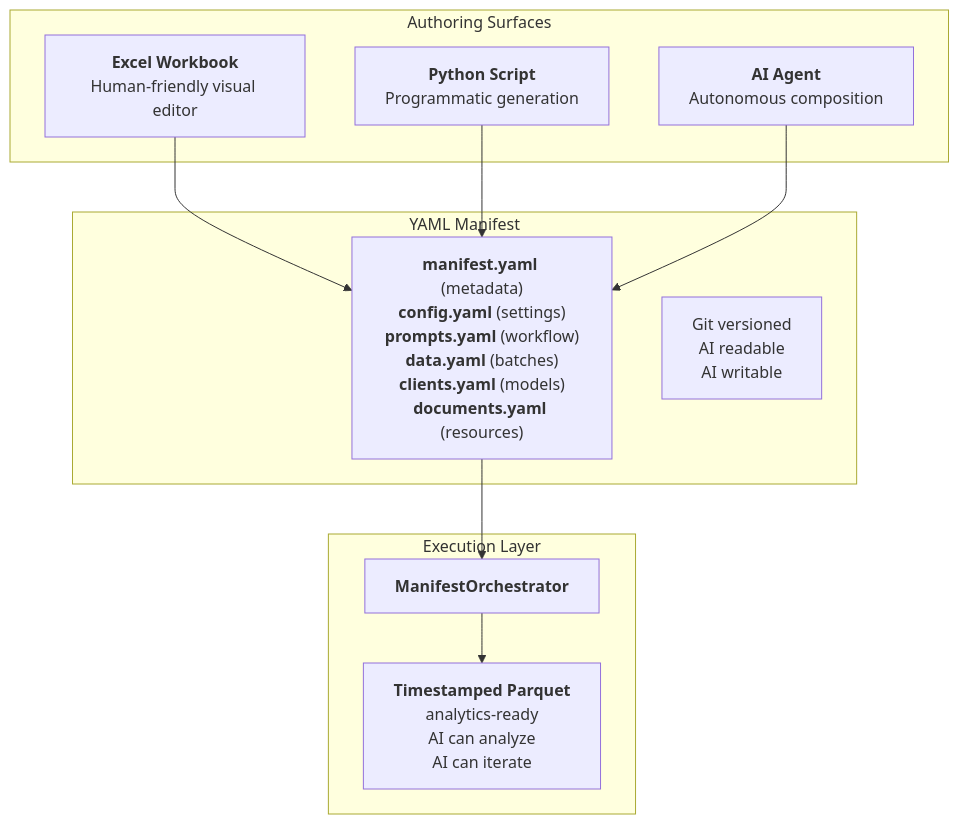
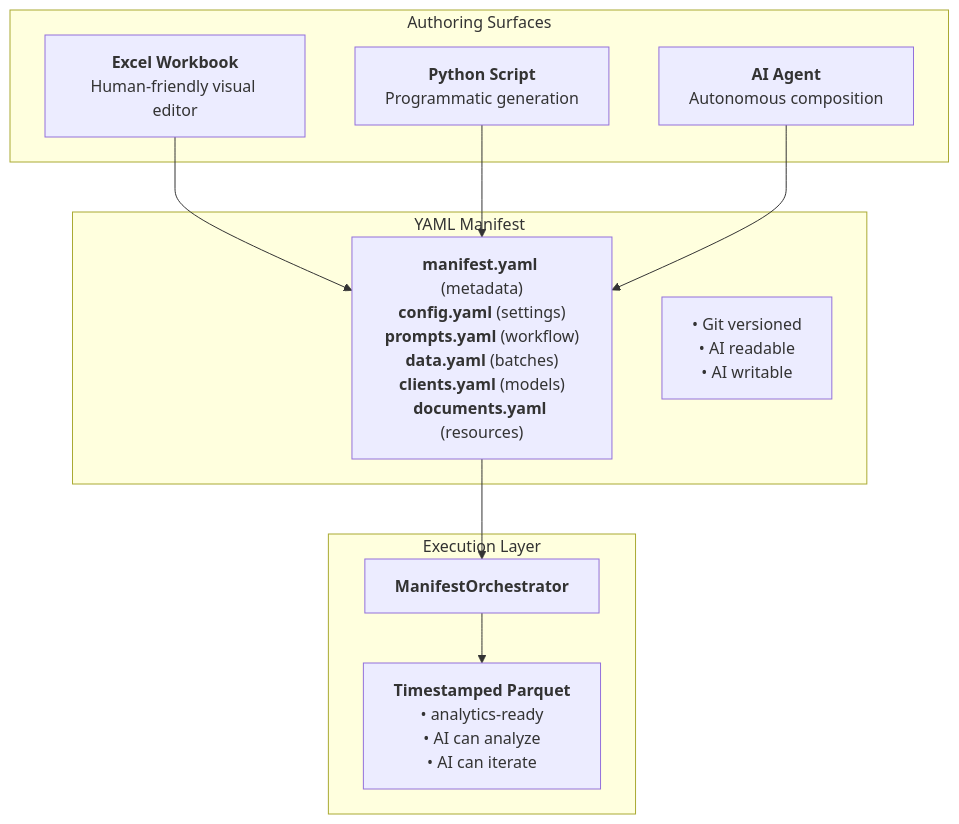
The first of 2 diagrams in README.md (antquinonez/plico), drawn with Mermaid before and after one commit. The commit also changed other lines of this file, not shown here.

Commit message:
style: use bullet formatting in Mermaid diagram labels

````diff
--- a/README.md
+++ b/README.md
@@ -35,24 +35,24 @@
 ```mermaid
 flowchart TB
     subgraph authoring["Authoring Surfaces"]
         excel["<b>Excel Workbook</b><br/>Human-friendly visual editor"]
         python["<b>Python Script</b><br/>Programmatic generation"]
         ai["<b>AI Agent</b><br/>Autonomous composition"]
     end
 
     subgraph manifest["YAML Manifest"]
         files["<b>manifest.yaml</b> (metadata)<br/><b>config.yaml</b> (settings)<br/><b>prompts.yaml</b> (workflow)<br/><b>data.yaml</b> (batches)<br/><b>clients.yaml</b> (models)<br/><b>documents.yaml</b> (resources)"]
-        props["Git versioned<br/>AI readable<br/>AI writable"]
+        props["• Git versioned<br/>• AI readable<br/>• AI writable"]
     end
 
     subgraph execution["Execution Layer"]
         orchestrator["<b>ManifestOrchestrator</b>"]
-        parquet["<b>Timestamped Parquet</b><br/>analytics-ready<br/>AI can analyze<br/>AI can iterate"]
+        parquet["<b>Timestamped Parquet</b><br/>• analytics-ready<br/>• AI can analyze<br/>• AI can iterate"]
     end
 
     excel --> files
     python --> files
     ai --> files
     files --> orchestrator
     orchestrator --> parquet
 ```
````
